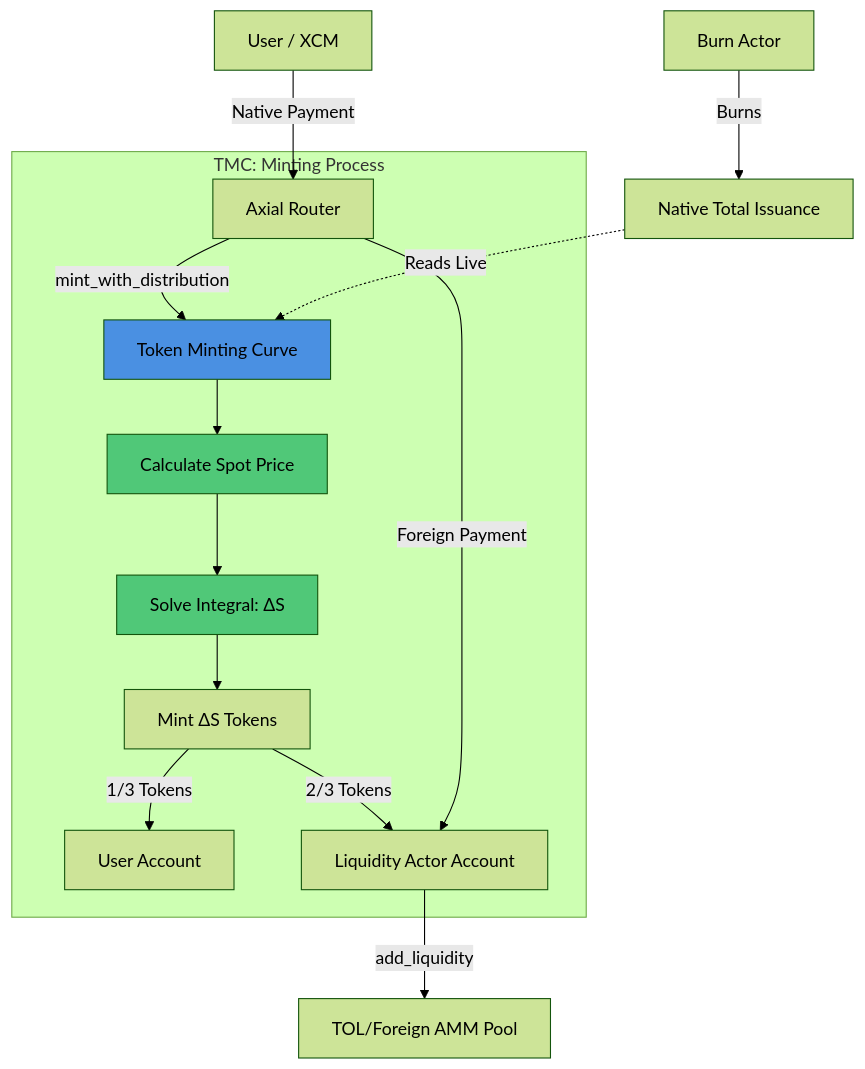
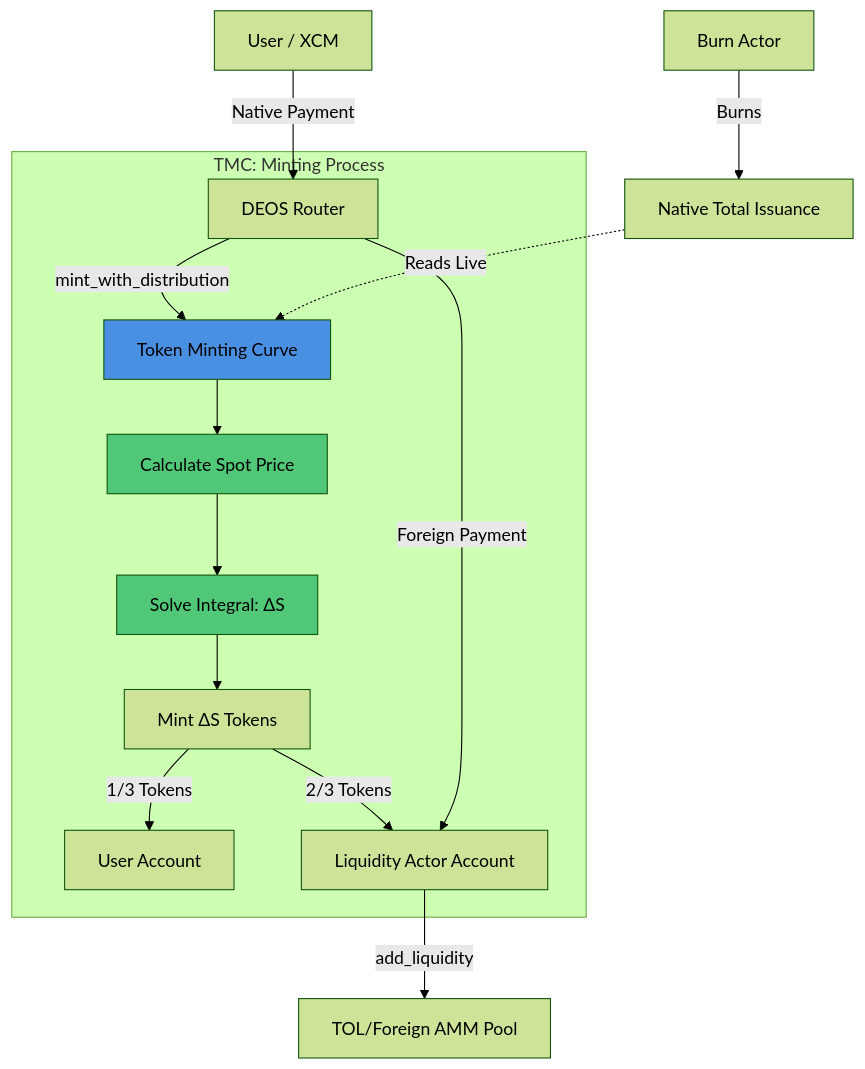
Before and after one commit to atmo-network/deos: the diagram in template/pallets/tmc/docs/architecture.en.md, drawn with Mermaid (forest theme). The commit also changed other lines of this file and 172 other files, not shown here.

````diff
--- a/template/pallets/tmc/docs/architecture.en.md
+++ b/template/pallets/tmc/docs/architecture.en.md
@@ -24,25 +24,25 @@
 ```mermaid
 graph TD
-    User[User / XCM] -->|Native Payment| Router[Axial Router]
+    User[User / XCM] -->|Native Payment| Router[DEOS Router]
     Router -->|mint_with_distribution| TMC[Token Minting Curve]
 
     subgraph "TMC: Minting Process"
         TMC --> CalcPrice[Calculate Spot Price]
         CalcPrice --> Integral[Solve Integral: ΔS]
         Integral --> Mint[Mint ΔS Tokens]
 
         Mint -->|1/3 Tokens| UserAccount[User Account]
         Mint -->|2/3 Tokens| LiquidityActor[Liquidity Actor Account]
 
         Router -->|Foreign Payment| LiquidityActor
     end
 
     LiquidityActor -->|add_liquidity| Pool[TOL/Foreign AMM Pool]
 
     BurnActor[Burn Actor] -->|Burns| NativeSupply[Native Total Issuance]
     NativeSupply -.->|Reads Live| TMC
 
     style TMC fill:#4a90e2
     style CalcPrice fill:#50c878
     style Integral fill:#50c878
 ```
````
